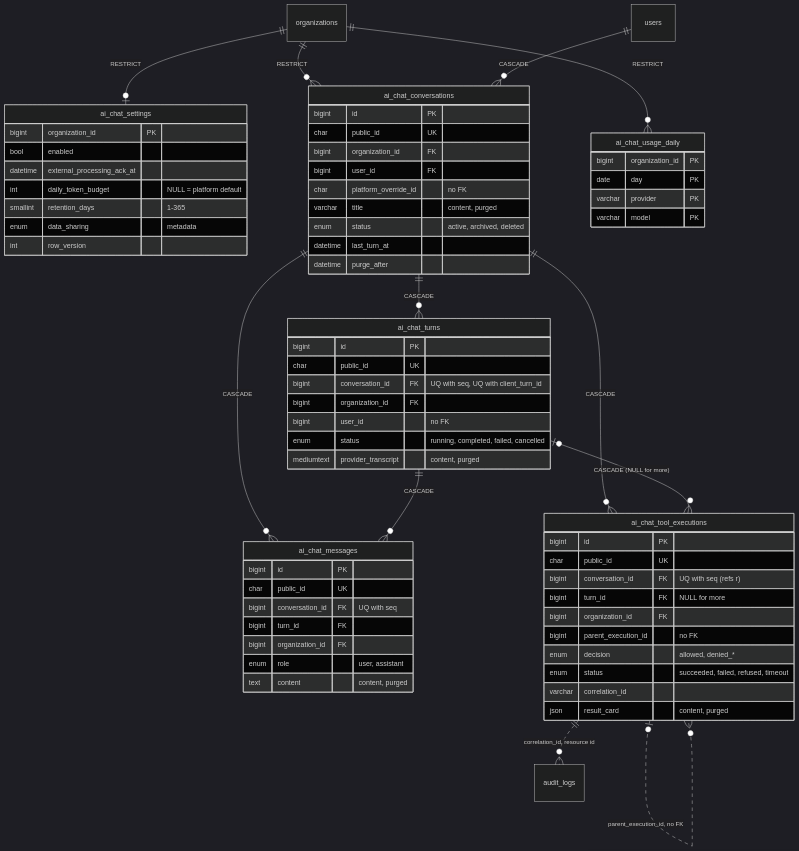
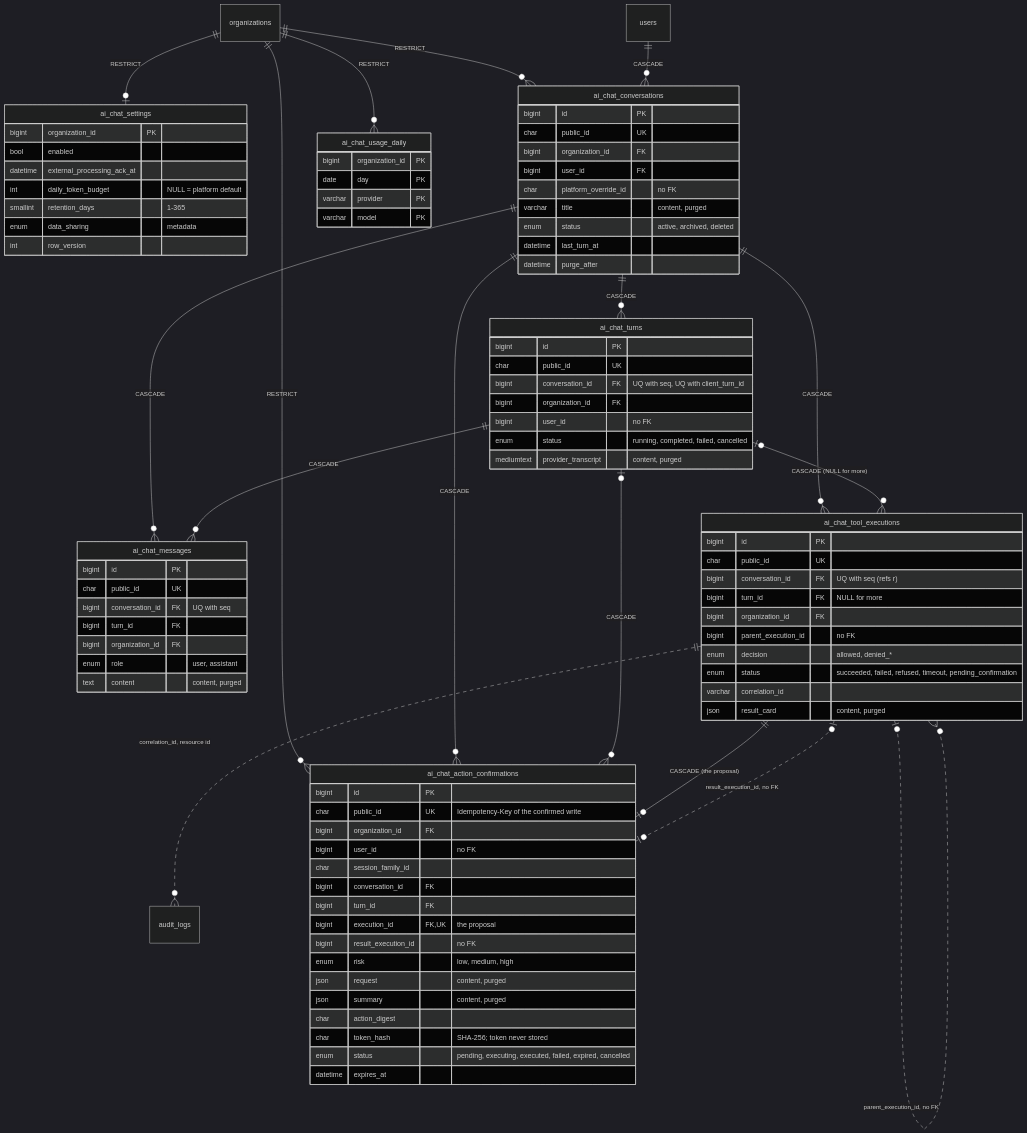
Diagram 14 of 15 in docs/database/er-diagram.md (mnnitsarvesh-ai/email-gateway), drawn with Mermaid (dark theme) before and after one commit. The commit also changed other lines of this file and 135 other files, not shown here.

````diff
--- a/docs/database/er-diagram.md
+++ b/docs/database/er-diagram.md
@@ -1597,6 +1597,11 @@
   ai_chat_tool_executions |o..o{ ai_chat_tool_executions : "parent_execution_id, no FK"
   ai_chat_tool_executions ||..o{ audit_logs : "correlation_id, resource id"
   organizations ||--o{ ai_chat_usage_daily : "RESTRICT"
+  organizations ||--o{ ai_chat_action_confirmations : "RESTRICT"
+  ai_chat_conversations ||--o{ ai_chat_action_confirmations : "CASCADE"
+  ai_chat_turns |o--o{ ai_chat_action_confirmations : "CASCADE"
+  ai_chat_tool_executions ||--o| ai_chat_action_confirmations : "CASCADE (the proposal)"
+  ai_chat_action_confirmations |o..o| ai_chat_tool_executions : "result_execution_id, no FK"
   ai_chat_settings {
     bigint organization_id PK
     bool enabled
@@ -1643,7 +1648,7 @@
     bigint organization_id FK
     bigint parent_execution_id "no FK"
     enum decision "allowed, denied_*"
-    enum status "succeeded, failed, refused, timeout"
+    enum status "succeeded, failed, refused, timeout, pending_confirmation"
     varchar correlation_id
     json result_card "content, purged"
   }
@@ -1653,4 +1658,22 @@
     varchar provider PK
     varchar model PK
   }
+  ai_chat_action_confirmations {
+    bigint id PK
+    char public_id UK "Idempotency-Key of the confirmed write"
+    bigint organization_id FK
+    bigint user_id "no FK"
+    char session_family_id
+    bigint conversation_id FK
+    bigint turn_id FK
+    bigint execution_id FK,UK "the proposal"
+    bigint result_execution_id "no FK"
+    enum risk "low, medium, high"
+    json request "content, purged"
+    json summary "content, purged"
+    char action_digest
+    char token_hash "SHA-256; token never stored"
+    enum status "pending, executing, executed, failed, expired, cancelled"
+    datetime expires_at
+  }
 ```
````
